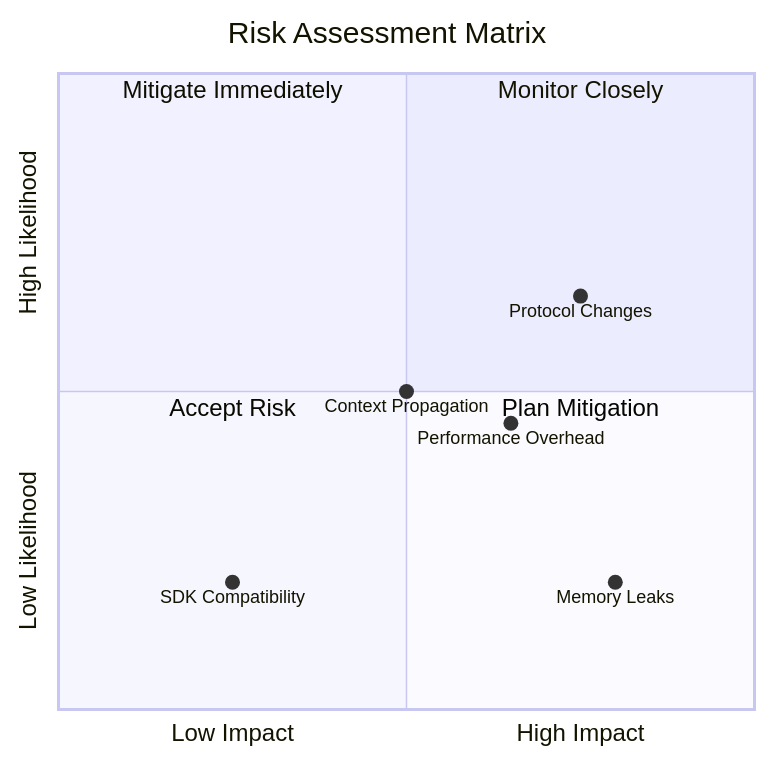
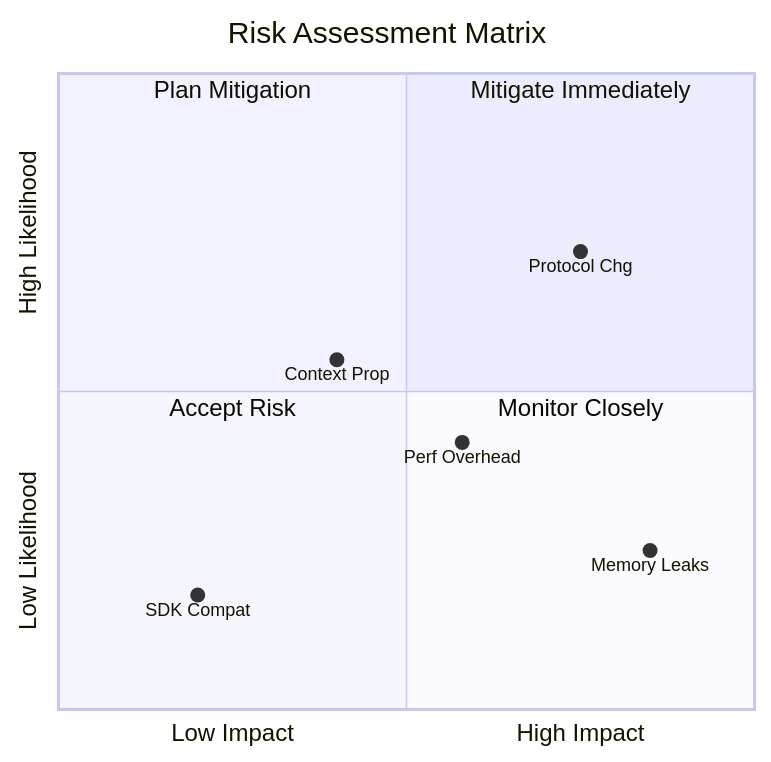
The second of 5 diagrams in OpenTelemetryPlan/06-implementation-phases.md (XRPLF/rippled), drawn with Mermaid before and after one commit. The commit also changed other lines of this file and 12 other files, not shown here.

First line of the commit message:
docs: correct OTel overhead estimates against SDK benchmarks

````diff
--- a/OpenTelemetryPlan/06-implementation-phases.md
+++ b/OpenTelemetryPlan/06-implementation-phases.md
@@ -196,16 +219,16 @@
 ```mermaid
 quadrantChart
     title Risk Assessment Matrix
     x-axis Low Impact --> High Impact
     y-axis Low Likelihood --> High Likelihood
-    quadrant-1 Monitor Closely
-    quadrant-2 Mitigate Immediately
+    quadrant-1 Mitigate Immediately
+    quadrant-2 Plan Mitigation
     quadrant-3 Accept Risk
-    quadrant-4 Plan Mitigation
+    quadrant-4 Monitor Closely
 
-    SDK Compatibility: [0.25, 0.2]
-    Protocol Changes: [0.75, 0.65]
-    Performance Overhead: [0.65, 0.45]
-    Context Propagation: [0.5, 0.5]
-    Memory Leaks: [0.8, 0.2]
+    SDK Compat: [0.2, 0.18]
+    Protocol Chg: [0.75, 0.72]
+    Perf Overhead: [0.58, 0.42]
+    Context Prop: [0.4, 0.55]
+    Memory Leaks: [0.85, 0.25]
 ```
````
